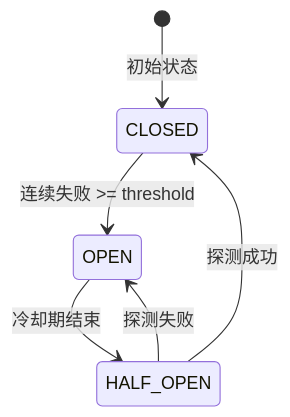
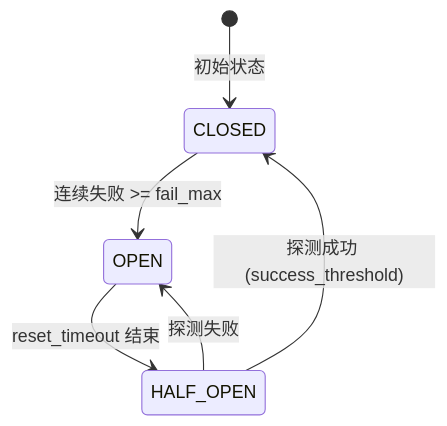
Before and after one commit to Kirky-X/weaver: the third of 3 diagrams in docs/ARCHITECTURE.md, drawn with Mermaid. The commit also changed other lines of this file and 21 other files, not shown here.

````diff
--- a/docs/ARCHITECTURE.md
+++ b/docs/ARCHITECTURE.md
@@ -653,9 +733,9 @@
 ```mermaid
 stateDiagram-v2
     [*] --> CLOSED: 初始状态
 
-    CLOSED --> OPEN: 连续失败 >= threshold
-    OPEN --> HALF_OPEN: 冷却期结束
-    HALF_OPEN --> CLOSED: 探测成功
+    CLOSED --> OPEN: 连续失败 >= fail_max
+    OPEN --> HALF_OPEN: reset_timeout 结束
+    HALF_OPEN --> CLOSED: 探测成功 (success_threshold)
     HALF_OPEN --> OPEN: 探测失败
 ```
````
